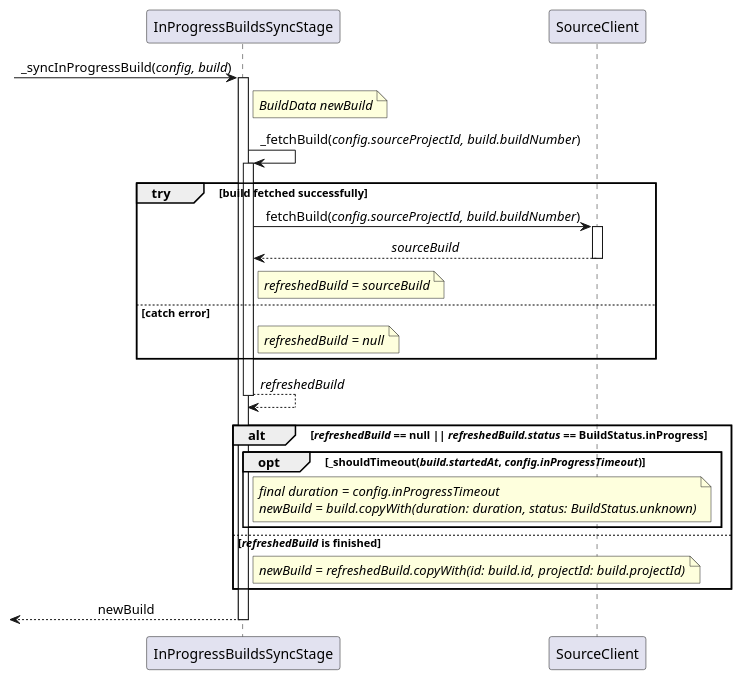
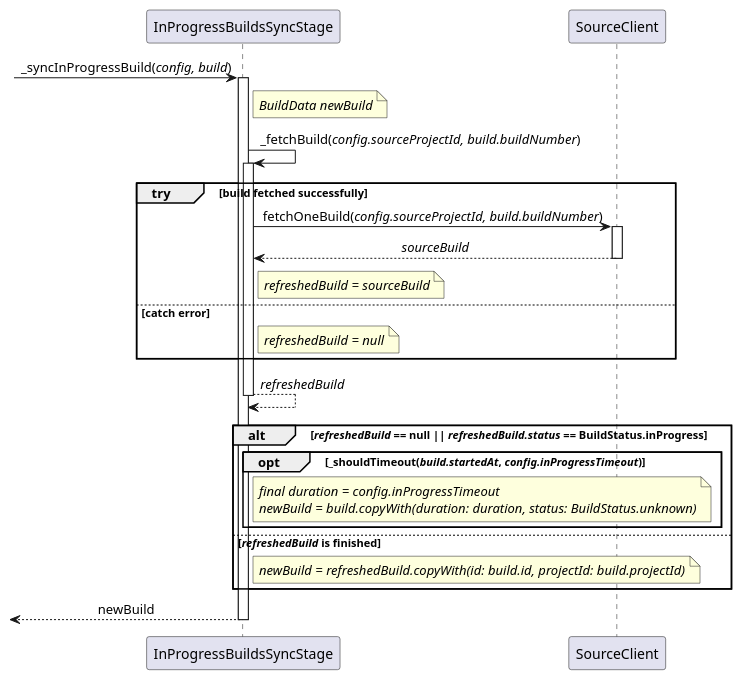
One commit to Flank/flank-dashboard changed the diagram in metrics/ci_integrations/docs/diagrams/resync_single_build_sequence_diagram.puml. Above: the diagram before and after it, drawn with PlantUML. The commit also changed 3 other files, not shown here.

Commit message:
update the in-progress builds introduction document

```diff
--- a/metrics/ci_integrations/docs/diagrams/resync_single_build_sequence_diagram.puml
+++ b/metrics/ci_integrations/docs/diagrams/resync_single_build_sequence_diagram.puml
@@ -1,34 +1,34 @@
 @startuml resync_single_build_sequence_diagram
 'https://plantuml.com/sequence-diagram
 
 skinparam SequenceMessageAlignment center
 
 participant InProgressBuildsSyncStage
 participant SourceClient
 
 ?-> InProgressBuildsSyncStage ++ : _syncInProgressBuild(//config, build//)
 note right of InProgressBuildsSyncStage: //BuildData newBuild//
 ||8||
 InProgressBuildsSyncStage -> InProgressBuildsSyncStage ++ : _fetchBuild(//config.sourceProjectId, build.buildNumber//)
 group try [build fetched successfully]
-    InProgressBuildsSyncStage -> SourceClient ++ : fetchBuild(//config.sourceProjectId, build.buildNumber//)
+    InProgressBuildsSyncStage -> SourceClient ++ : fetchOneBuild(//config.sourceProjectId, build.buildNumber//)
     return //sourceBuild//
     note right of InProgressBuildsSyncStage: //refreshedBuild = sourceBuild//
 else catch error
     note right of InProgressBuildsSyncStage: //refreshedBuild = null//
 end
 return //refreshedBuild//
 ||8||
 alt //refreshedBuild// == null || //refreshedBuild.status// == BuildStatus.inProgress
     opt _shouldTimeout(//build.startedAt//, //config.inProgressTimeout//)
         note right of InProgressBuildsSyncStage
             //final duration = config.inProgressTimeout//
             //newBuild = build.copyWith(duration: duration, status: BuildStatus.unknown)//
         end note
     end
 else //refreshedBuild// is finished
     note right of InProgressBuildsSyncStage: //newBuild = refreshedBuild.copyWith(id: build.id, projectId: build.projectId)//
 end
 return newBuild
 
 @enduml
```
